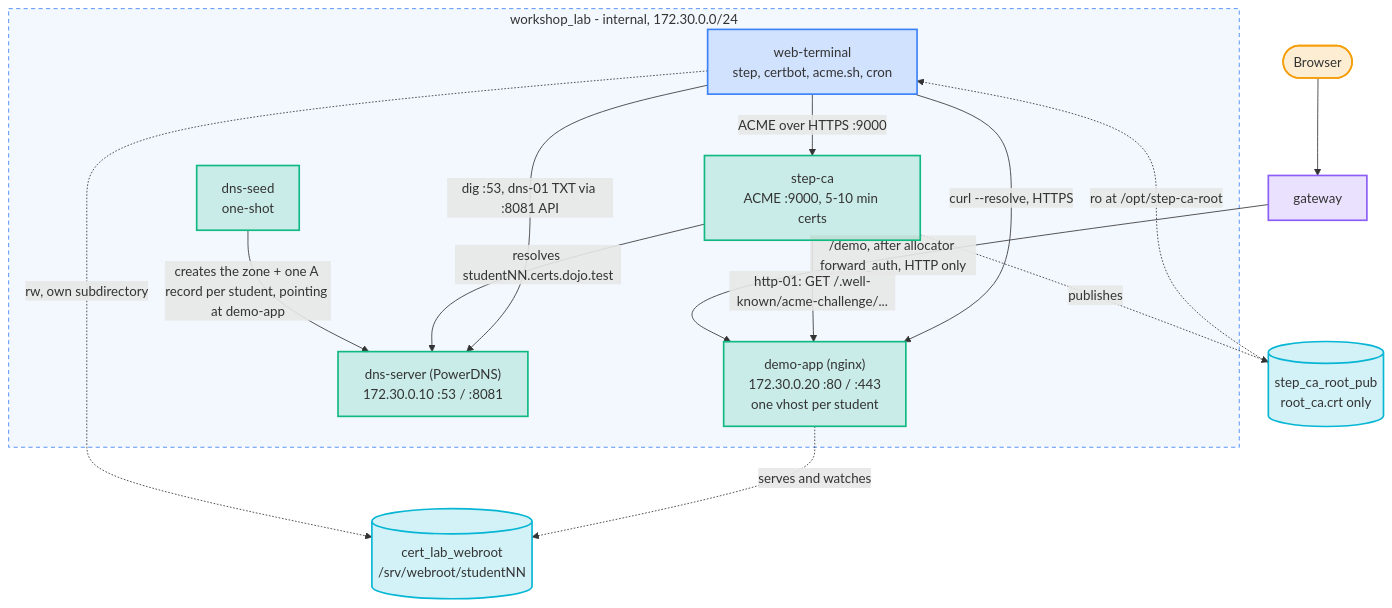
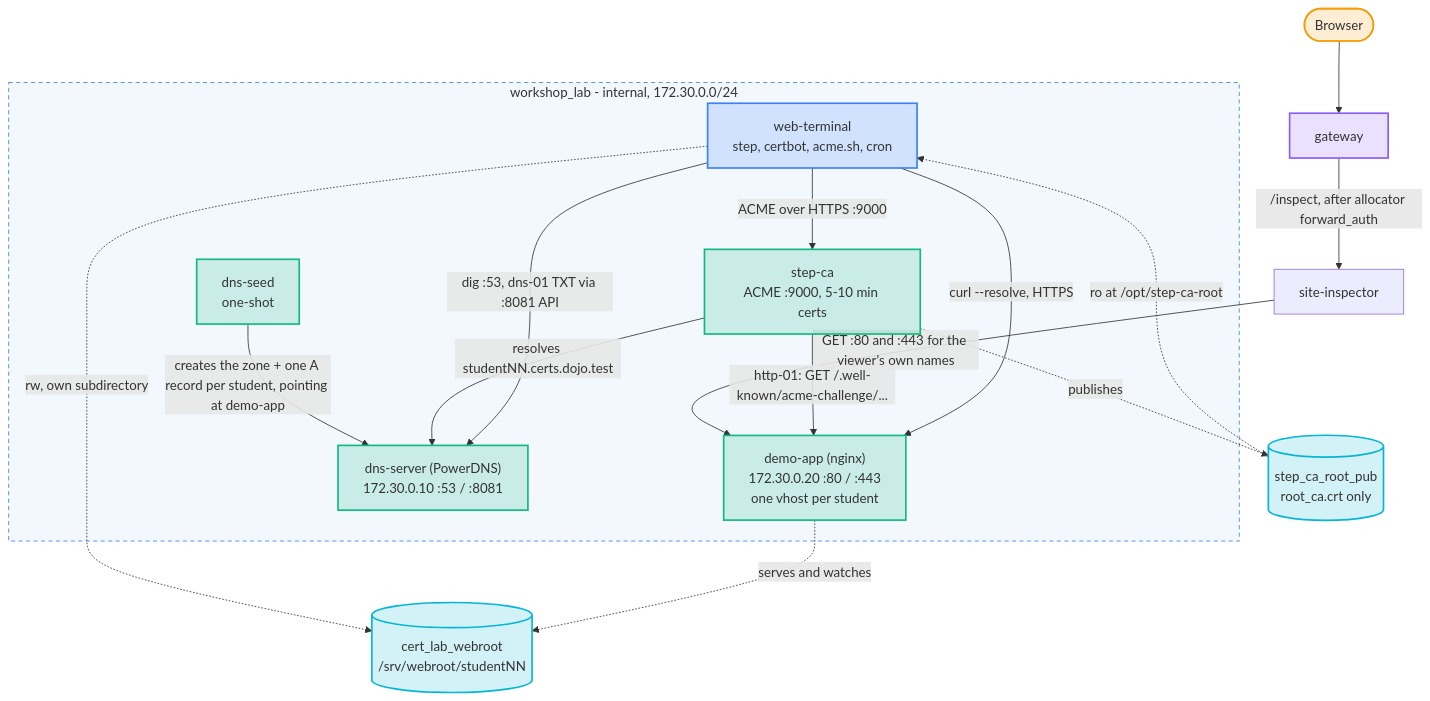
Before and after one commit to fiddler110/GitOps_Dojo: the seventh of 15 diagrams in README.md, drawn with Mermaid. The commit also changed other lines of this file and 55 other files, not shown here.

First line of the commit message:
cert-autorenewal: Site Inspector, HTTPS-only Lab 2, mTLS challenge, repos

````diff
--- a/README.md
+++ b/README.md
@@ -482,39 +482,40 @@
 ```mermaid
 graph TB
     Browser(["Browser"]) --> GW["gateway"]
-    GW -->|"/demo, after allocator forward_auth, HTTP only"| APP
+    GW -->|"/inspect, after allocator forward_auth"| INS["site-inspector"]
+    INS -->|"GET :80 and :443 for the viewer's own names"| APP
 
     subgraph lab["workshop_lab - internal, 172.30.0.0/24"]
         WT["web-terminal<br/>step, certbot, acme.sh, cron"]
         CA["step-ca<br/>ACME :9000, 5-10 min certs"]
         APP["demo-app (nginx)<br/>172.30.0.20 :80 / :443<br/>one vhost per student"]
         DNS["dns-server (PowerDNS)<br/>172.30.0.10 :53 / :8081"]
         SEED["dns-seed<br/>one-shot"]
     end
 
     WEB[("cert_lab_webroot<br/>/srv/webroot/studentNN")]
     ROOT[("step_ca_root_pub<br/>root_ca.crt only")]
 
     SEED -->|"creates the zone + one A record per student, pointing at demo-app"| DNS
     WT -->|"ACME over HTTPS :9000"| CA
     CA -->|"resolves studentNN.certs.dojo.test"| DNS
     CA -->|"http-01: GET /.well-known/acme-challenge/..."| APP
     WT -->|"dig :53, dns-01 TXT via :8081 API"| DNS
     WT -->|"curl --resolve, HTTPS"| APP
     WT -.->|"rw, own subdirectory"| WEB
     APP -.->|"serves and watches"| WEB
     CA -.->|"publishes"| ROOT
     ROOT -.->|"ro at /opt/step-ca-root"| WT
 
     classDef addon fill:#10b9812e,stroke:#10b981,stroke-width:2px
     classDef core fill:#3b82f62e,stroke:#3b82f6,stroke-width:2px
     classDef gw fill:#8b5cf62e,stroke:#8b5cf6,stroke-width:2px
     classDef person fill:#f59e0b2e,stroke:#f59e0b,stroke-width:2px
     classDef store fill:#06b6d42e,stroke:#06b6d4,stroke-width:2px
     class CA,APP,DNS,SEED addon
     class WT core
     class GW gw
     class Browser person
     class WEB,ROOT store
     style lab fill:#3b82f60f,stroke:#3b82f6,stroke-width:1px,stroke-dasharray:5 4
 ```
````
